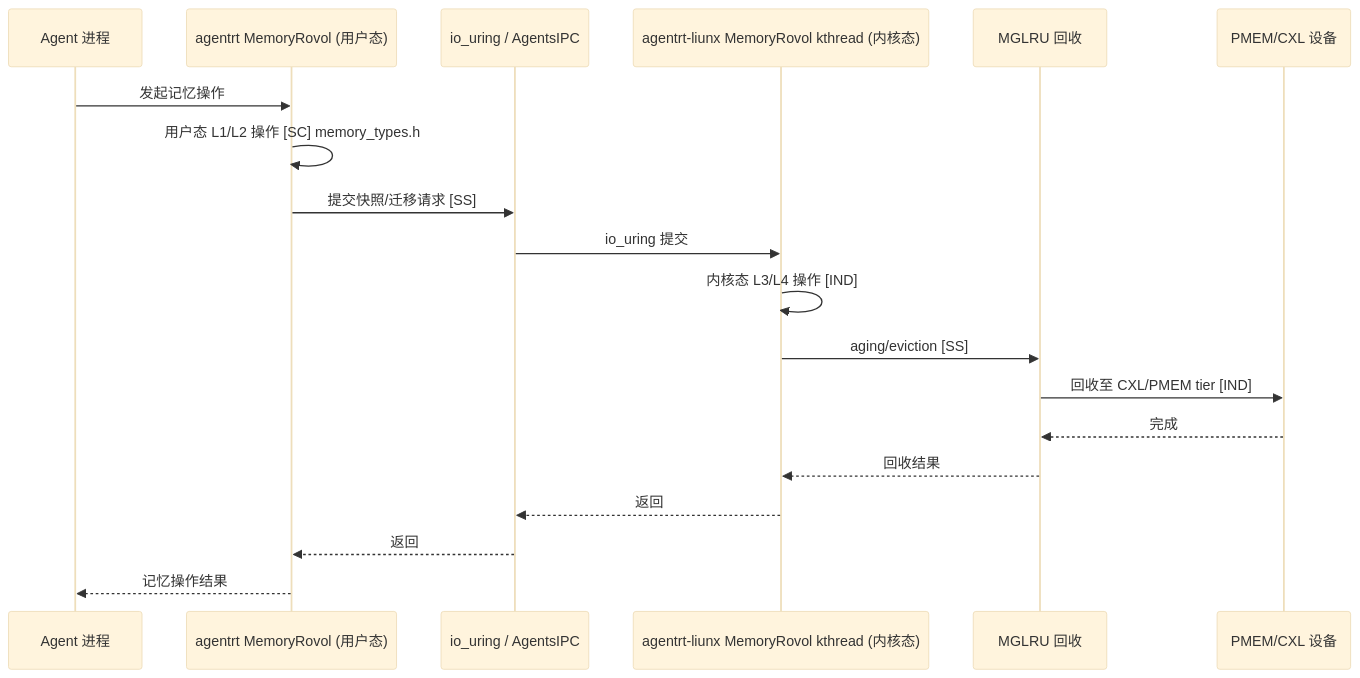
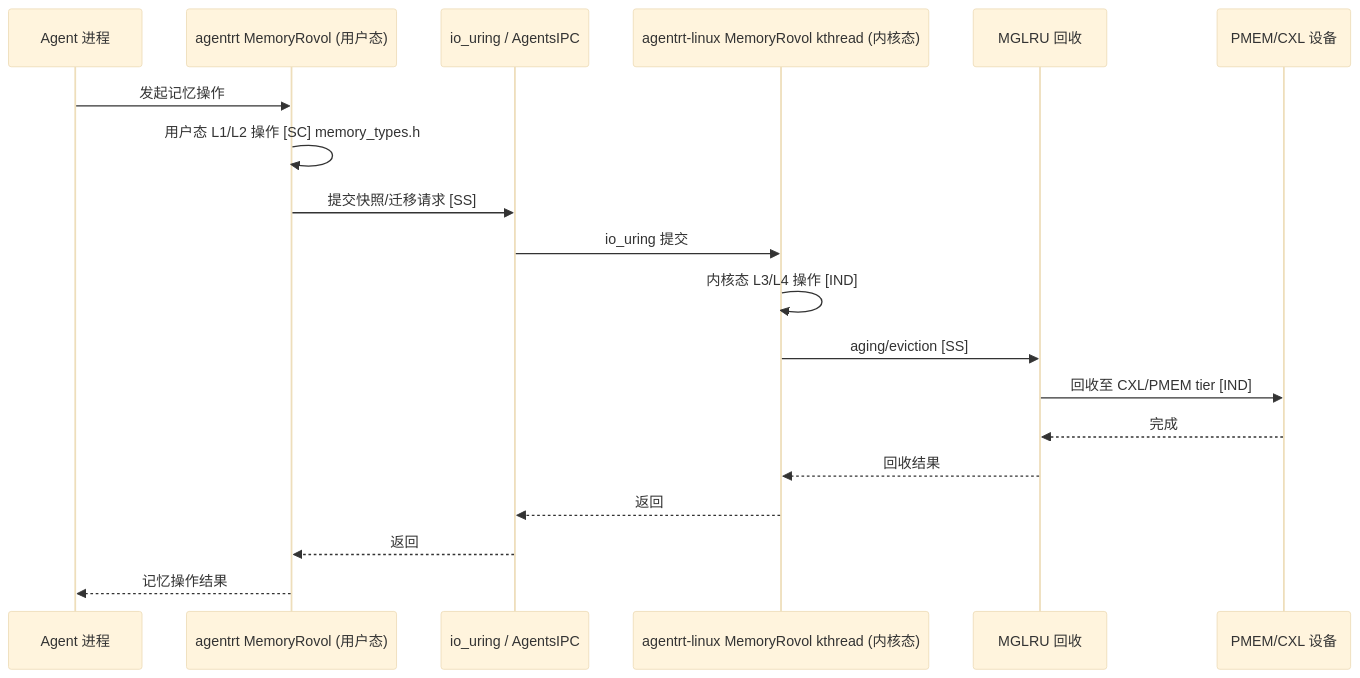
One commit to openairymax/docs changed the second of 2 diagrams in AirymaxOS/20-modules/04-memory.md. Above: the diagram before and after it, drawn with Mermaid (base theme). The commit also changed other lines of this file and 75 other files, not shown here.

````diff
--- a/AirymaxOS/20-modules/04-memory.md
+++ b/AirymaxOS/20-modules/04-memory.md
@@ -446,22 +446,22 @@
 ```mermaid
 sequenceDiagram
     participant AGENT as Agent 进程
     participant ROV_U as agentrt MemoryRovol (用户态)
     participant IPC as io_uring / AgentsIPC
-    participant ROV_K as agentrt-liunx MemoryRovol kthread (内核态)
+    participant ROV_K as agentrt-linux MemoryRovol kthread (内核态)
     participant MGLRU as MGLRU 回收
     participant PMEM as PMEM/CXL 设备
 
     AGENT->>ROV_U: 发起记忆操作
     ROV_U->>ROV_U: 用户态 L1/L2 操作 [SC] memory_types.h
     ROV_U->>IPC: 提交快照/迁移请求 [SS]
     IPC->>ROV_K: io_uring 提交
     ROV_K->>ROV_K: 内核态 L3/L4 操作 [IND]
     ROV_K->>MGLRU: aging/eviction [SS]
     MGLRU->>PMEM: 回收至 CXL/PMEM tier [IND]
     PMEM-->>MGLRU: 完成
     MGLRU-->>ROV_K: 回收结果
     ROV_K-->>IPC: 返回
     IPC-->>ROV_U: 返回
     ROV_U-->>AGENT: 记忆操作结果
 ```
````
